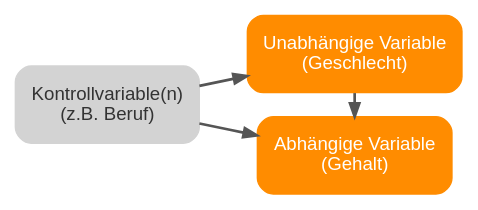
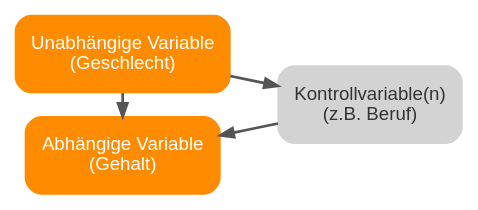
One commit to jfb-h/lecture-statistics changed the diagram in slides/multivariate-statistik.qmd. Above: the diagram before and after it, drawn with Graphviz. The commit also changed other lines of this file and 2 other files, not shown here.

````diff
--- a/slides/multivariate-statistik.qmd
+++ b/slides/multivariate-statistik.qmd
@@ -441,36 +448,36 @@
 ```{dot}
 //| fig-width: 10
 //| fig-height: 5
 
 digraph G {
   layout=dot
   rankdir=LR
 
   node [
     shape=rect
     color="#FF8C00"
     style="filled,rounded"
     fontname="Helvetica,Arial,sans-serif"
     fontcolor="#FFFFFF"
     width=1.2
     height=0.6
     margin=0.2
   ]
 
   edge [
     color="#555555"
     penwidth=2
   ]
 
   {
     rank=same;
     A[label="Unabhängige Variable\n(Geschlecht)"];
     B[label="Abhängige Variable\n(Gehalt)"];
   }
   C[label="Kontrollvariable(n)\n(z.B. Beruf)" color=lightgrey fontcolor="#333333"];
 
   A -> B;
-  C -> A;
+  A -> C;
   C -> B;
 }
 ```
````
